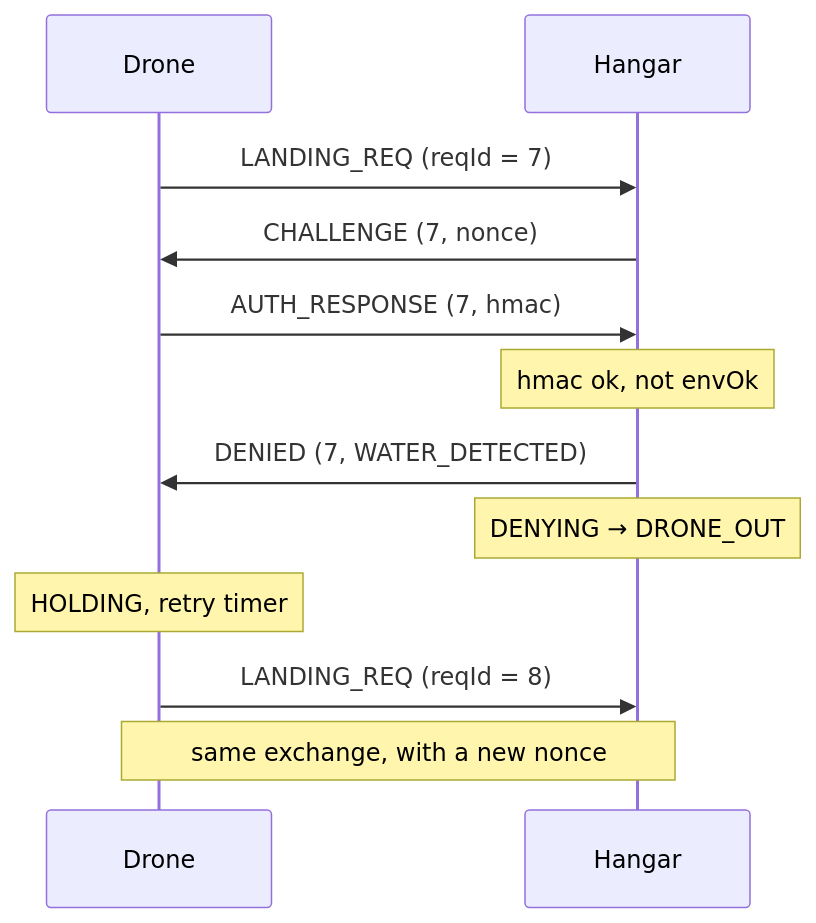
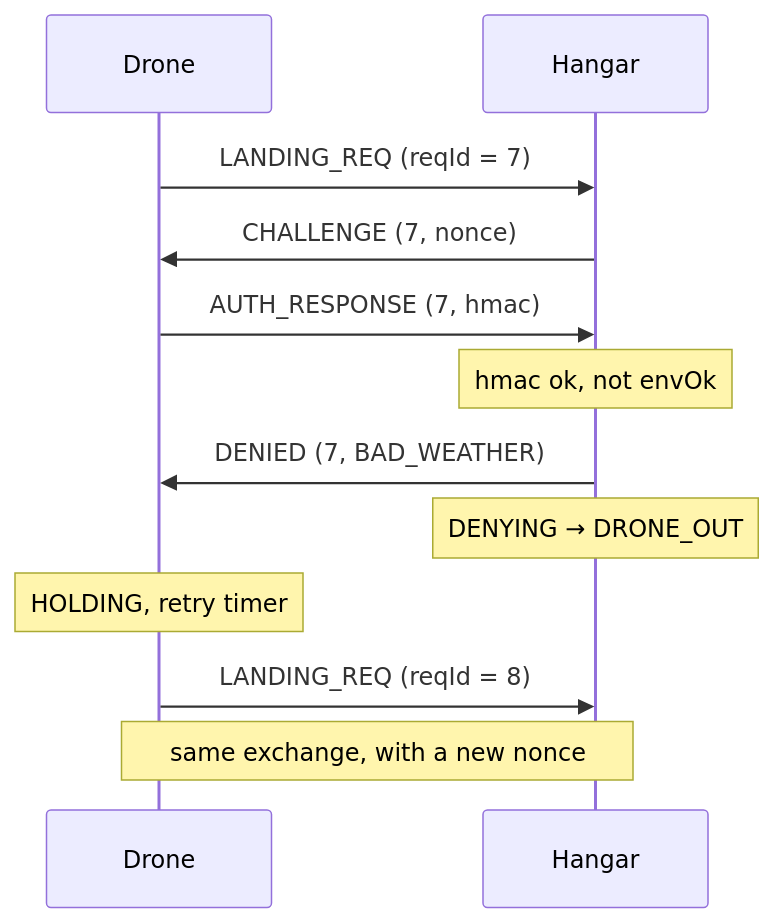
One commit to eduardalexandrut/drone-in-a-box changed the ninth of 9 diagrams in docs/behaviour.md. Above: the diagram before and after it, drawn with Mermaid. The commit also changed other lines of this file and 2 other files, not shown here.

````diff
--- a/docs/behaviour.md
+++ b/docs/behaviour.md
@@ -344,15 +432,15 @@
 ```mermaid
 sequenceDiagram
   participant D as Drone
   participant H as Hangar
  
   D->>H: LANDING_REQ (reqId = 7)
   H->>D: CHALLENGE (7, nonce)
   D->>H: AUTH_RESPONSE (7, hmac)
   Note over H: hmac ok, not envOk
-  H->>D: DENIED (7, WATER_DETECTED)
+  H->>D: DENIED (7, BAD_WEATHER)
   Note over H: DENYING → DRONE_OUT
   Note over D: HOLDING, retry timer
   D->>H: LANDING_REQ (reqId = 8)
   Note over D,H: same exchange, with a new nonce
 ```
````
